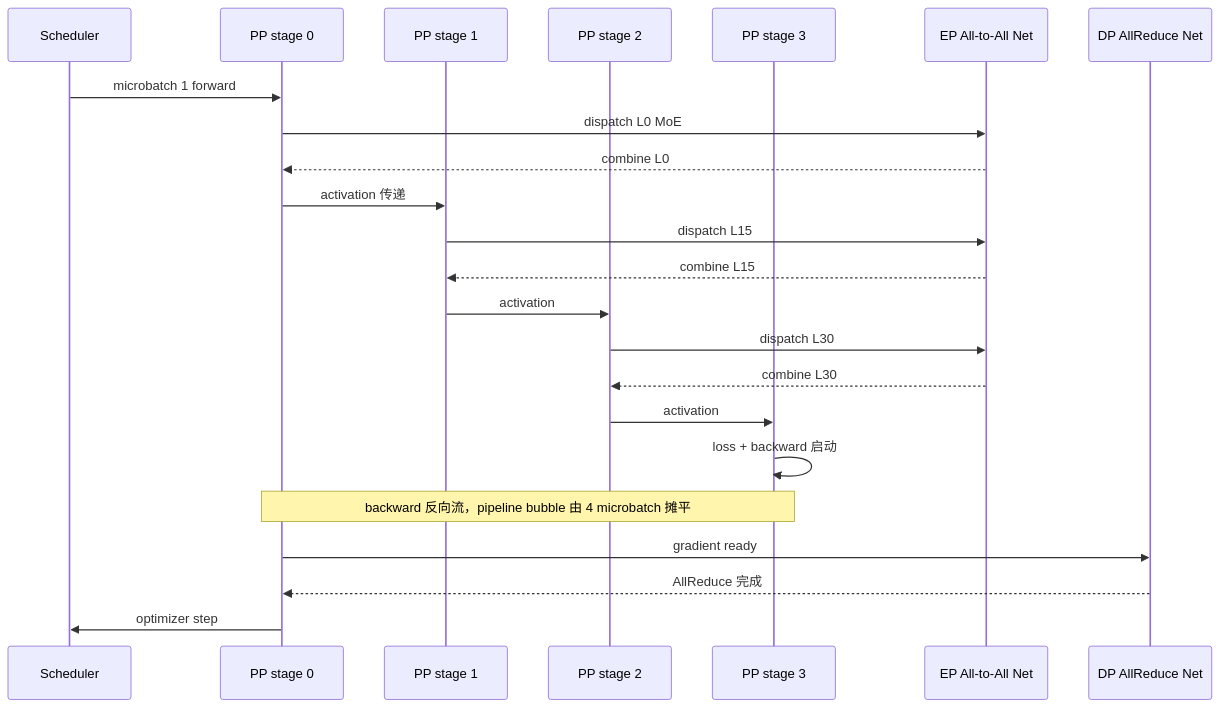
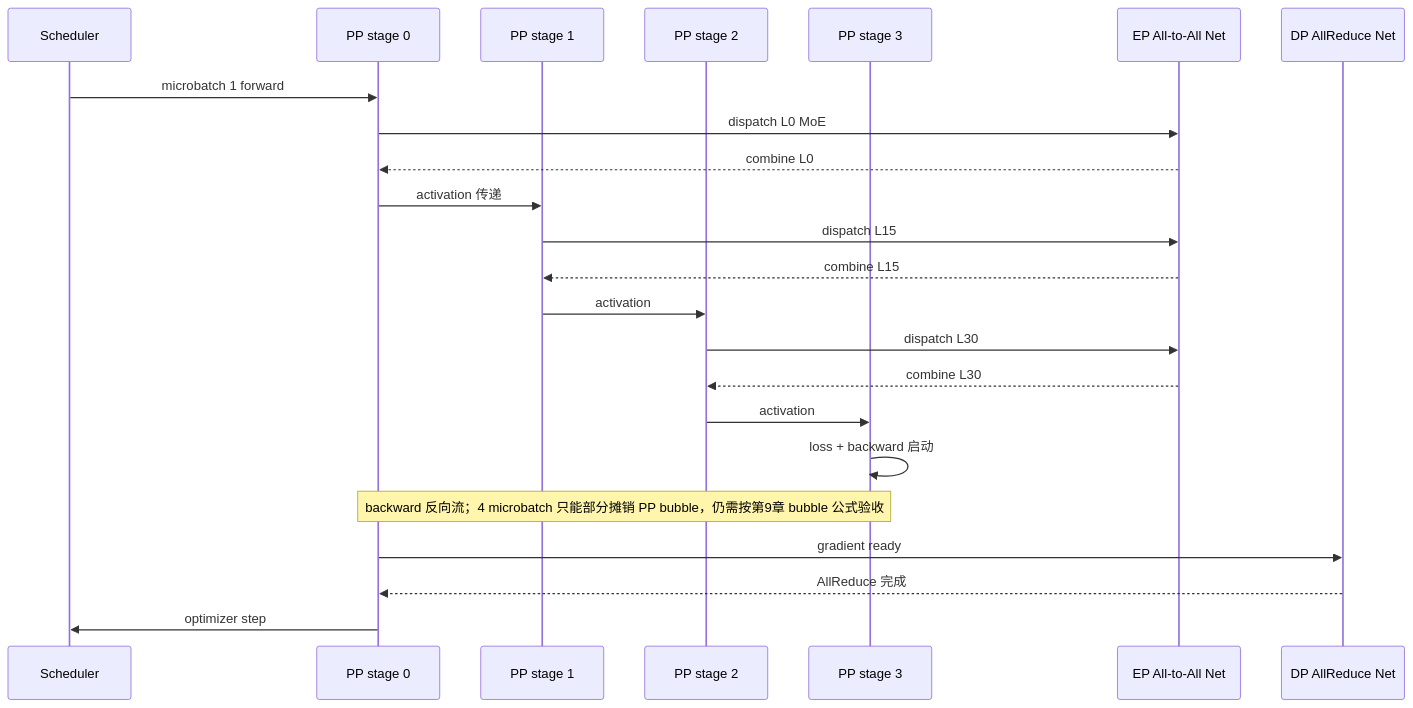
Before and after one commit to qxhy123/learn: diagram 11 of 11 in ai-infra-tutorial/part3-training-infra/09e-moe-training-infrastructure.md, drawn with Mermaid. The commit also changed other lines of this file and 6 other files, not shown here.

````diff
--- a/ai-infra-tutorial/part3-training-infra/09e-moe-training-infrastructure.md
+++ b/ai-infra-tutorial/part3-training-infra/09e-moe-training-infrastructure.md
@@ -727,26 +1207,26 @@
 ```mermaid
 sequenceDiagram
   participant Sched as Scheduler
   participant PP0 as PP stage 0
   participant PP1 as PP stage 1
   participant PP2 as PP stage 2
   participant PP3 as PP stage 3
   participant EP as EP All-to-All Net
   participant DP as DP AllReduce Net
 
   Sched->>PP0: microbatch 1 forward
   PP0->>EP: dispatch L0 MoE
   EP-->>PP0: combine L0
   PP0->>PP1: activation 传递
   PP1->>EP: dispatch L15
   EP-->>PP1: combine L15
   PP1->>PP2: activation
   PP2->>EP: dispatch L30
   EP-->>PP2: combine L30
   PP2->>PP3: activation
   PP3->>PP3: loss + backward 启动
-  Note over PP3,PP0: backward 反向流，pipeline bubble 由 4 microbatch 摊平
+  Note over PP3,PP0: backward 反向流；4 microbatch 只能部分摊销 PP bubble，仍需按第9章 bubble 公式验收
   PP0->>DP: gradient ready
   DP-->>PP0: AllReduce 完成
   PP0->>Sched: optimizer step
 ```
````
